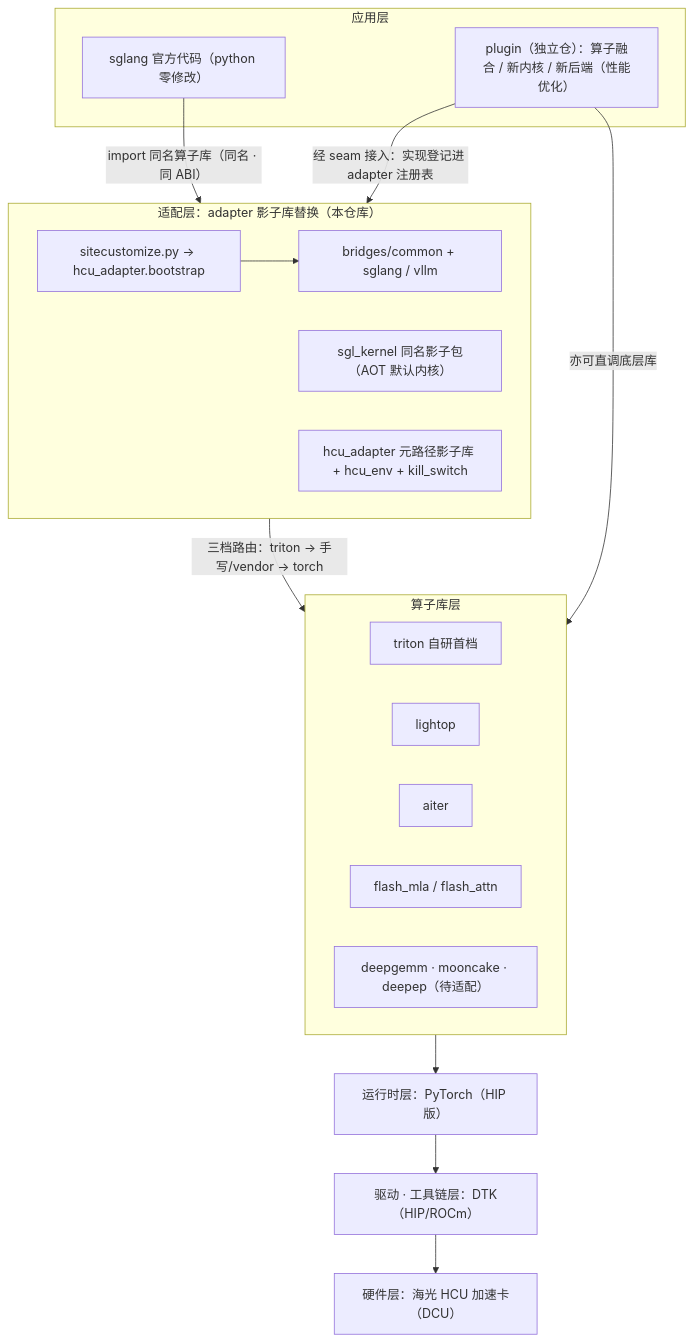
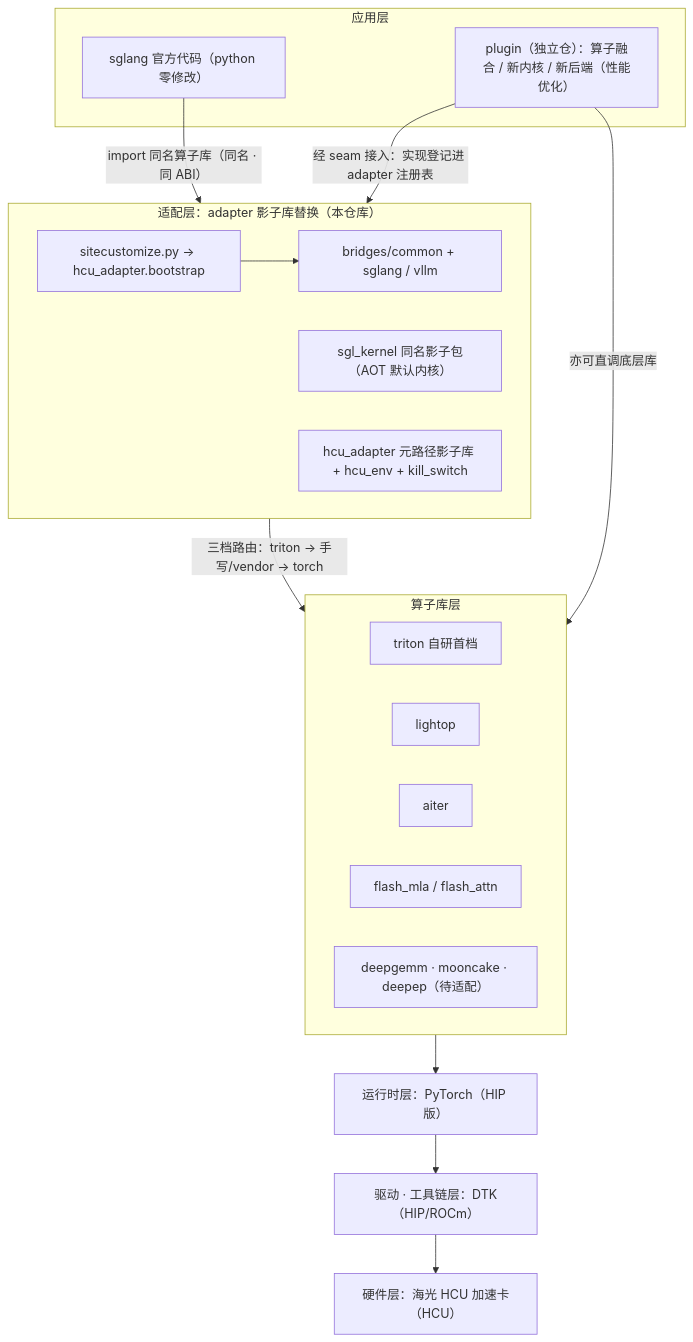
One commit to 463975089/adapter-das changed the first of 3 diagrams in docs/architecture.md. Above: the diagram before and after it, drawn with Mermaid. The commit also changed other lines of this file and 14 other files, not shown here.

````diff
--- a/docs/architecture.md
+++ b/docs/architecture.md
@@ -87,28 +87,28 @@
 ```mermaid
 flowchart TB
     subgraph APP["应用层"]
         SGLANG["sglang 官方代码（python 零修改）"]
         PLUGIN["plugin（独立仓）：算子融合 / 新内核 / 新后端（性能优化）"]
     end
     subgraph ADPT["适配层：adapter 影子库替换（本仓库）"]
         SC["sitecustomize.py → hcu_adapter.bootstrap"]
         HOST["bridges/common + sglang / vllm"]
         SK["sgl_kernel 同名影子包（AOT 默认内核）"]
         STUB["hcu_adapter 元路径影子库 + hcu_env + kill_switch"]
     end
     SC --> HOST
     subgraph OPS["算子库层"]
         TRITON["triton 自研首档"]
         LIGHTOP["lightop"]
         AITER["aiter"]
         FA["flash_mla / flash_attn"]
         TODO["deepgemm · mooncake · deepep（待适配）"]
     end
     SGLANG -->|"import 同名算子库（同名 · 同 ABI）"| ADPT
     PLUGIN -->|"经 seam 接入：实现登记进 adapter 注册表"| ADPT
     PLUGIN -->|"亦可直调底层库"| OPS
     ADPT -->|"三档路由：triton → 手写/vendor → torch"| OPS
     OPS --> TORCH["运行时层：PyTorch（HIP 版）"]
     TORCH --> DTK["驱动 · 工具链层：DTK（HIP/ROCm）"]
-    DTK --> HW["硬件层：海光 HCU 加速卡（DCU）"]
+    DTK --> HW["硬件层：海光 HCU 加速卡（HCU）"]
 ```
````
